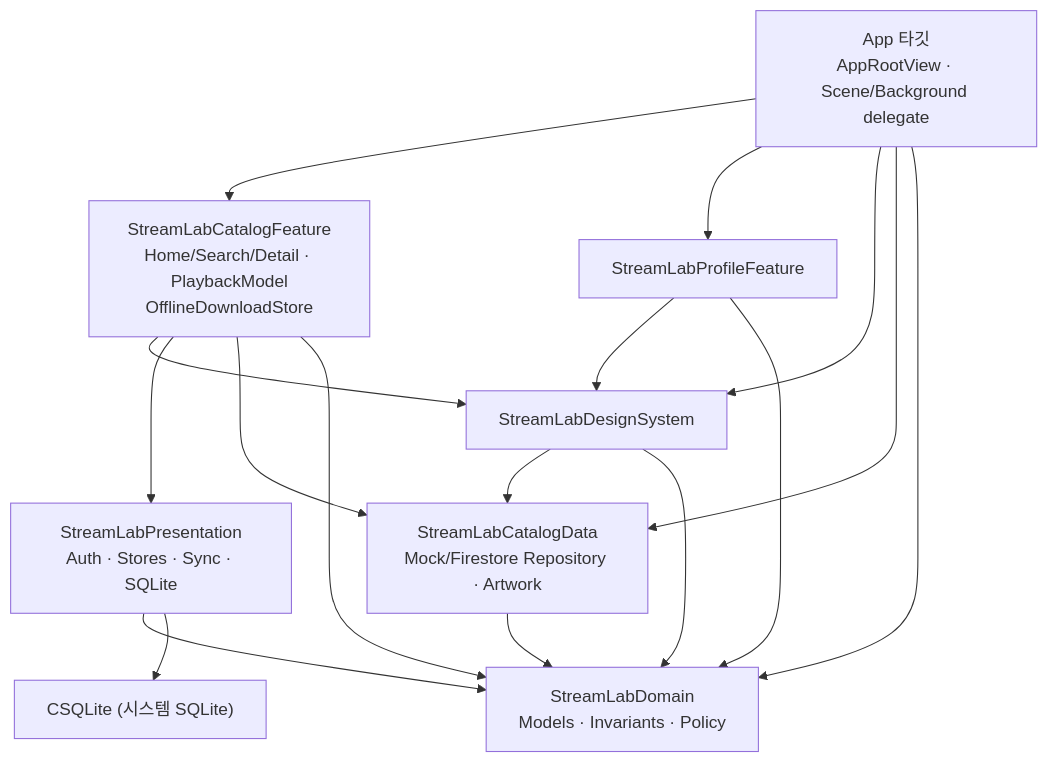
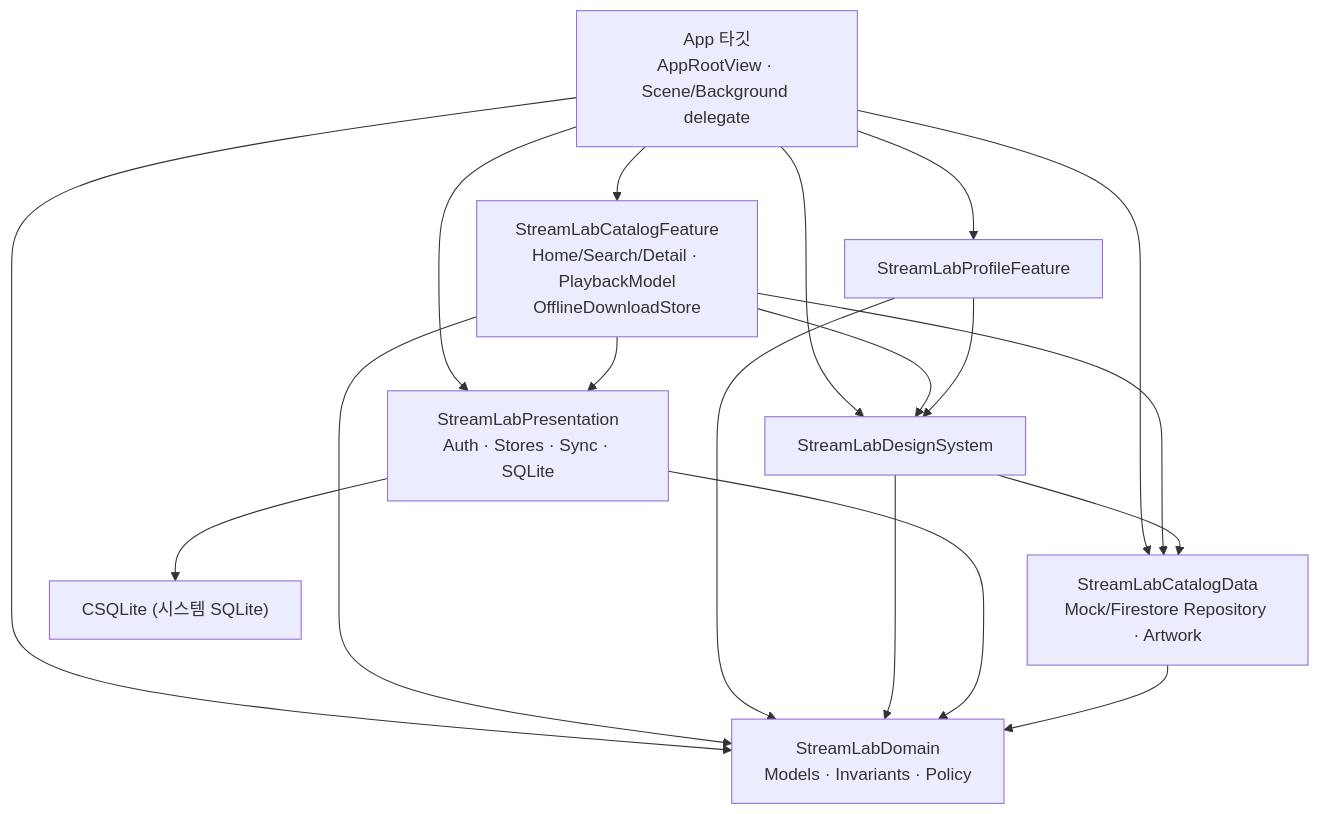
The second of 7 diagrams in Docs/Architecture/ARCHITECTURE_DIAGRAMS_2026-11-06.md (KyungHoon416/streamlab-ios), drawn with Mermaid before and after one commit. The commit also changed 15 other files, not shown here.

Commit message:
Refine integrated architecture diagrams and refresh verification evidence

```diff
--- a/Docs/Architecture/ARCHITECTURE_DIAGRAMS_2026-11-06.md
+++ b/Docs/Architecture/ARCHITECTURE_DIAGRAMS_2026-11-06.md
@@ -45,27 +45,28 @@
 ~~~mermaid
 flowchart TB
   APP["App 타깃<br/>AppRootView · Scene/Background delegate"]
   CF["StreamLabCatalogFeature<br/>Home/Search/Detail · PlaybackModel<br/>OfflineDownloadStore"]
   PF["StreamLabProfileFeature"]
   DS["StreamLabDesignSystem"]
   PR["StreamLabPresentation<br/>Auth · Stores · Sync · SQLite"]
   CD["StreamLabCatalogData<br/>Mock/Firestore Repository · Artwork"]
   DM["StreamLabDomain<br/>Models · Invariants · Policy"]
   SQL["CSQLite (시스템 SQLite)"]
   APP --> CF
   APP --> PF
   APP --> DS
   APP --> CD
+  APP --> PR
   APP --> DM
   CF --> DS
   CF --> PR
   CF --> CD
   CF --> DM
   PF --> DS
   PF --> DM
   DS --> CD
   DS --> DM
   PR --> DM
   PR --> SQL
   CD --> DM
 ~~~
```
